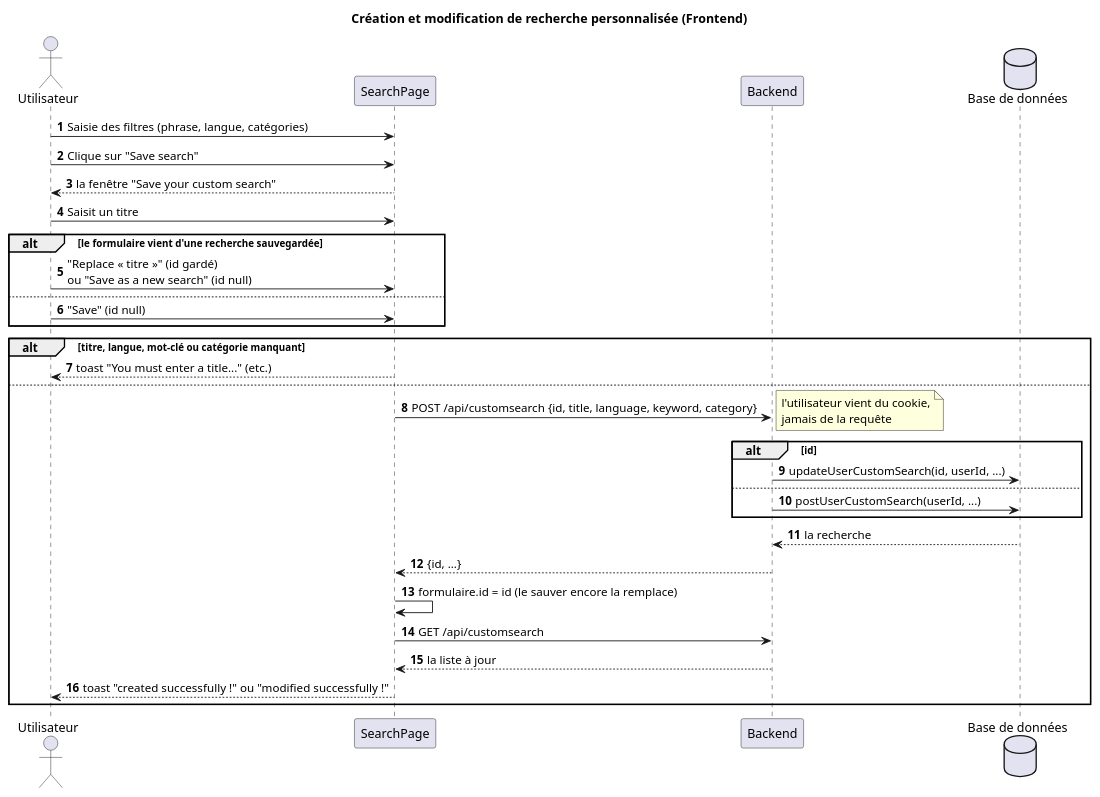
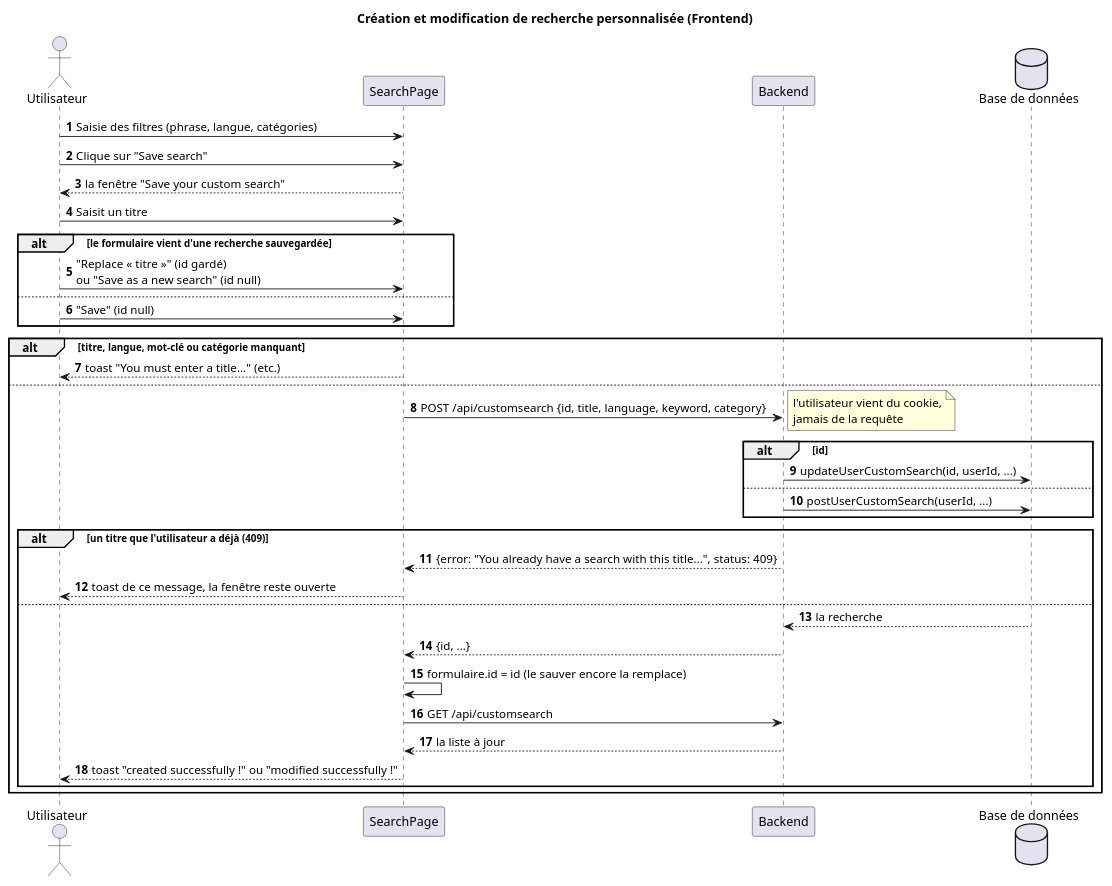
The diagram in docs/search/saved-searches/search-history-diagram_create_mod.puml (TPI2026-NewsGenerator/NewsGenerator-Frontend), drawn with PlantUML before and after one commit. The commit also changed other lines of this file and 14 other files, not shown here.

```diff
--- a/docs/search/saved-searches/search-history-diagram_create_mod.puml
+++ b/docs/search/saved-searches/search-history-diagram_create_mod.puml
@@ -3,37 +4,42 @@
 @startuml
 title Création et modification de recherche personnalisée (Frontend)
 autonumber
 
 actor "Utilisateur" as User
 participant "SearchPage" as UI
 participant "Backend" as BE
 database "Base de données" as DB
 
 User -> UI : Saisie des filtres (phrase, langue, catégories)
 User -> UI : Clique sur "Save search"
 UI --> User : la fenêtre "Save your custom search"
 User -> UI : Saisit un titre
 alt le formulaire vient d'une recherche sauvegardée
     User -> UI : "Replace « titre »" (id gardé)\nou "Save as a new search" (id null)
 else
     User -> UI : "Save" (id null)
 end
 alt titre, langue, mot-clé ou catégorie manquant
     UI --> User : toast "You must enter a title..." (etc.)
 else
     UI -> BE : POST /api/customsearch {id, title, language, keyword, category}
     note right : l'utilisateur vient du cookie,\njamais de la requête
     alt id
         BE -> DB : updateUserCustomSearch(id, userId, ...)
     else
         BE -> DB : postUserCustomSearch(userId, ...)
     end
-    DB --> BE : la recherche
-    BE --> UI : {id, ...}
-    UI -> UI : formulaire.id = id (le sauver encore la remplace)
-    UI -> BE : GET /api/customsearch
-    BE --> UI : la liste à jour
-    UI --> User : toast "created successfully !" ou "modified successfully !"
+    alt un titre que l'utilisateur a déjà (409)
+        BE --> UI : {error: "You already have a search with this title...", status: 409}
+        UI --> User : toast de ce message, la fenêtre reste ouverte
+    else
+        DB --> BE : la recherche
+        BE --> UI : {id, ...}
+        UI -> UI : formulaire.id = id (le sauver encore la remplace)
+        UI -> BE : GET /api/customsearch
+        BE --> UI : la liste à jour
+        UI --> User : toast "created successfully !" ou "modified successfully !"
+    end
 end
 
 @enduml
```
